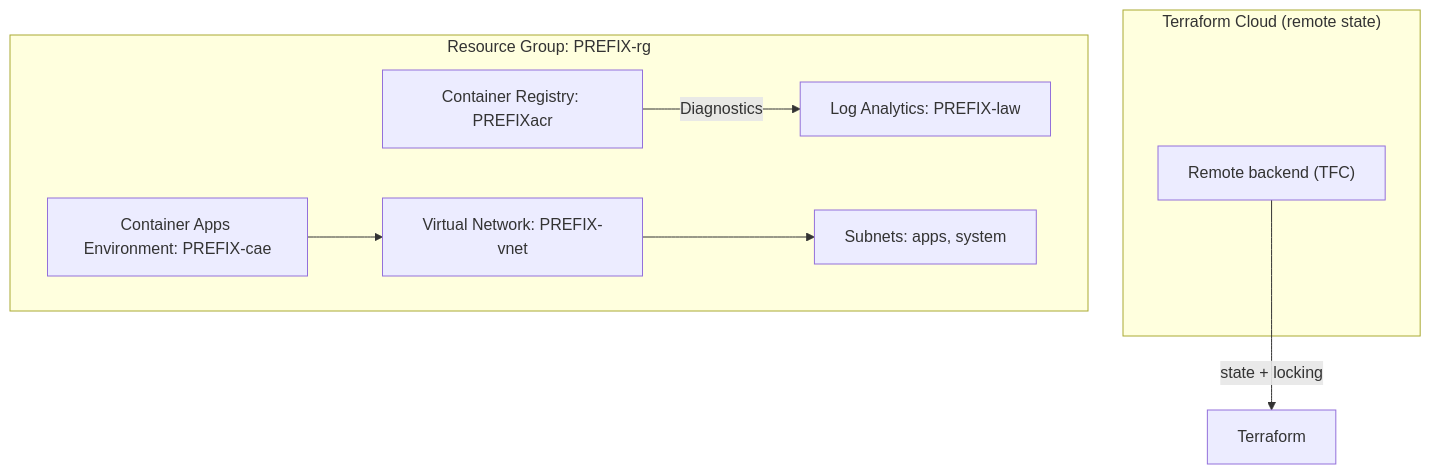
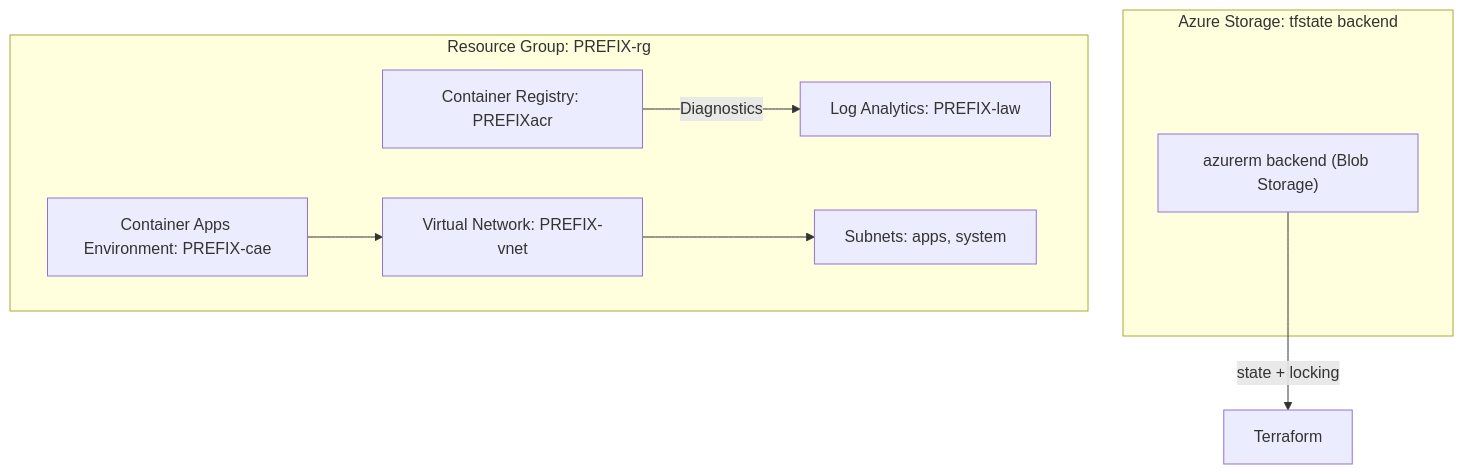
Before and after one commit to JT-Engineering-Dev/azure-infra-cicd-starter: the diagram in README.md, drawn with Mermaid. The commit also changed other lines of this file and 8 other files, not shown here.

Commit message:
feat: use azure storage backend again

````diff
--- a/README.md
+++ b/README.md
@@ -17,19 +17,19 @@
 ```mermaid
 flowchart TD
-  subgraph TFSTATE["Terraform Cloud (remote state)"]
-    STATE["Remote backend (TFC)"]
+  subgraph TFSTATE["Azure Storage: tfstate backend"]
+    STATE["azurerm backend (Blob Storage)"]
   end
 
   subgraph RG["Resource Group: PREFIX-rg"]
     VNET["Virtual Network: PREFIX-vnet"]
     SUBS["Subnets: apps, system"]
     LAW["Log Analytics: PREFIX-law"]
     ACR["Container Registry: PREFIXacr"]
     CAE["Container Apps Environment: PREFIX-cae"]
   end
 
   STATE -->|state + locking| Terraform
   ACR -->|Diagnostics| LAW
   VNET --> SUBS
   CAE --> VNET
 ```
````
